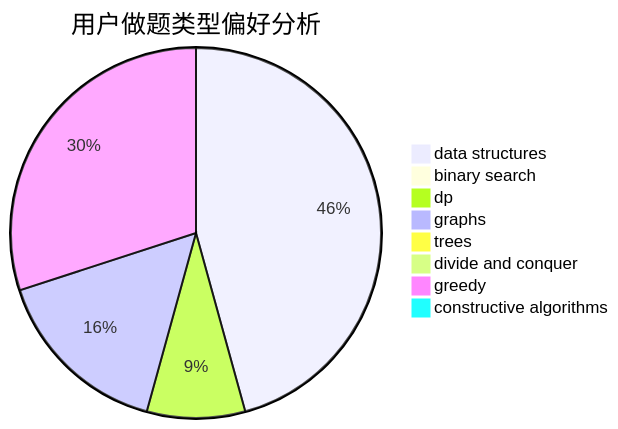
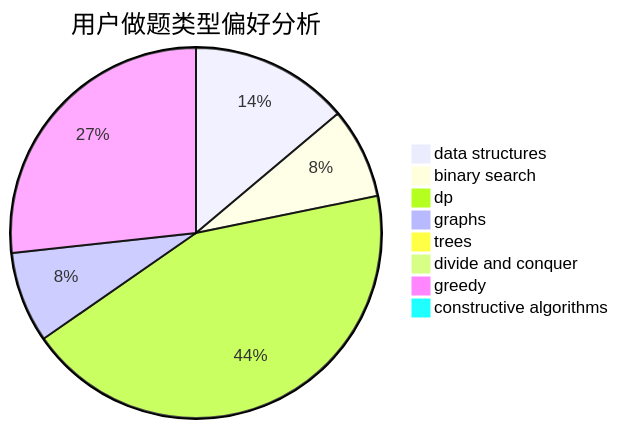
Before and after one commit to sherpahu/cfrs.github.io: the second of 3 diagrams in docs/user/u1995.md, drawn with Mermaid. The commit also changed other lines of this file and 2770 other files, not shown here.

````diff
--- a/docs/user/u1995.md
+++ b/docs/user/u1995.md
@@ -23,11 +23,11 @@
 ```mermaid
 pie title 用户做题类型偏好分析
-    "data structures" :  32
-    "binary search" :  0
-    "dp" :  6
-    "graphs" :  11
+    "data structures" :  14
+    "binary search" :  8
+    "dp" :  44
+    "graphs" :  8
     "trees" :  0
     "divide and conquer" :  0
-    "greedy" :  21
+    "greedy" :  27
     "constructive algorithms" :  0
 ```
````
